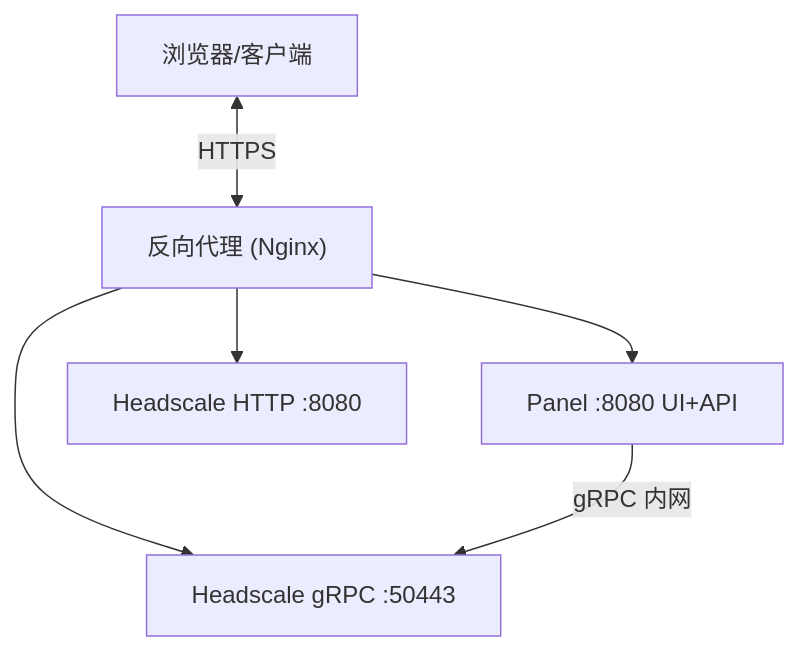
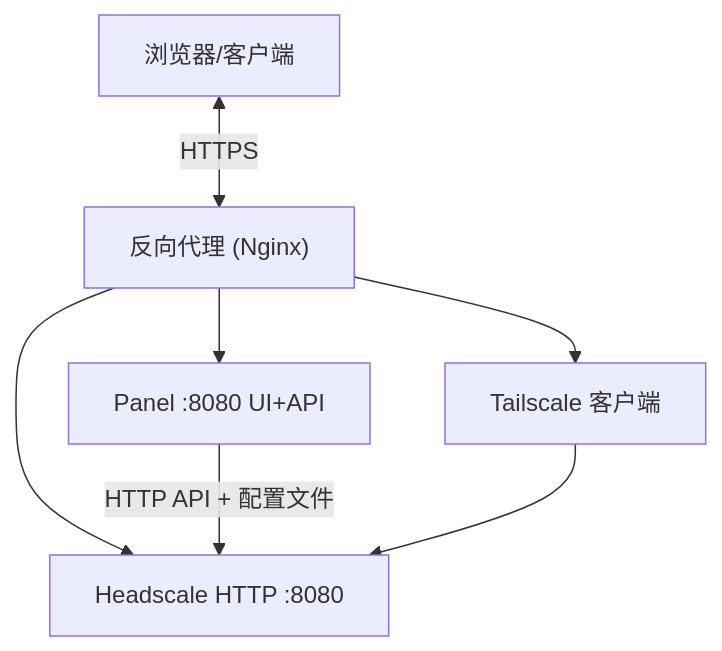
The diagram in README-zh.md (headscale-panel/panel), drawn with Mermaid before and after one commit. The commit also changed other lines of this file and 359 other files, not shown here.

Commit message:
feat: migrate to Headscale 0.30 HTTP API and refactor core modules

````diff
--- a/README-zh.md
+++ b/README-zh.md
@@ -294,10 +301,11 @@
 ```mermaid
 flowchart TB
     A["浏览器/客户端"] <-->|HTTPS| B["反向代理 (Nginx)"]
 
     B --> C["Panel :8080 UI+API"]
     B --> D["Headscale HTTP :8080"]
-    B --> E["Headscale gRPC :50443"]
+    B --> E["Tailscale 客户端"]
 
-    C -->|gRPC 内网| E
+    C -->|"HTTP API + 配置文件"| D
+    E --> D
 ```
````
